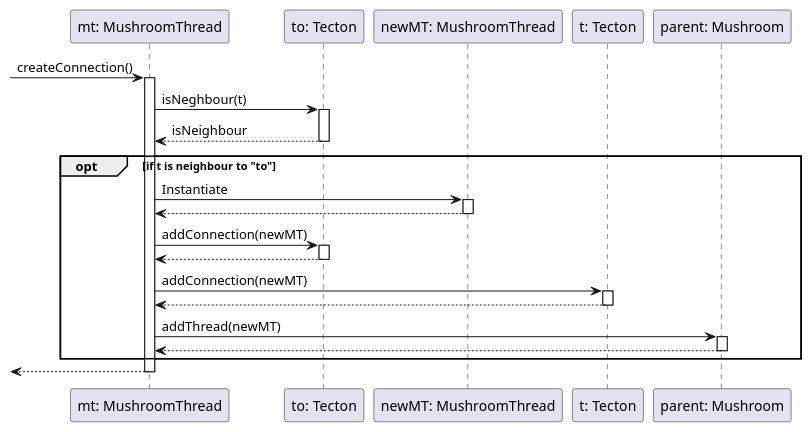
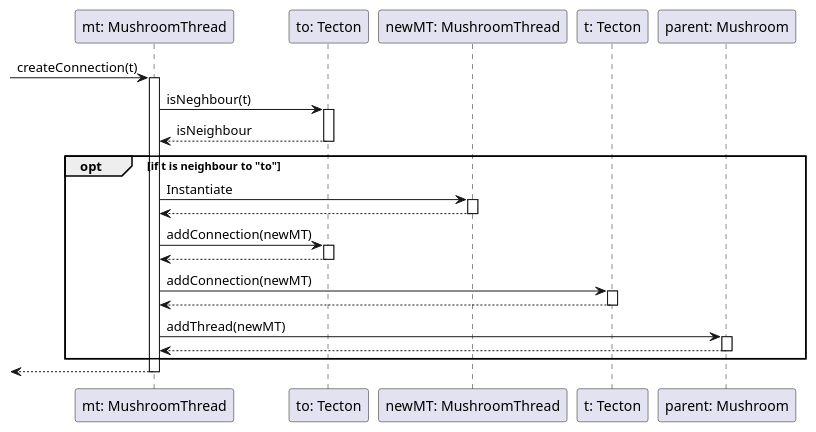
One commit to dzsem/projlab changed the diagram in diagrams/sequence/mushroom/mushroom_thread/createConnection.wsd. Above: the diagram before and after it, drawn with PlantUML.

```diff
--- a/diagrams/sequence/mushroom/mushroom_thread/createConnection.wsd
+++ b/diagrams/sequence/mushroom/mushroom_thread/createConnection.wsd
@@ -1,42 +1,42 @@
 @startuml Create Connection
 participant "mt: MushroomThread" as mt
 participant "to: Tecton" as to
 participant "newMT: MushroomThread" as newMT 
 participant "t: Tecton" as t
 participant "parent: Mushroom" as parent
 
--> mt : createConnection()
+-> mt : createConnection(t)
 activate mt
 
 mt -> to : isNeghbour(t) 
 activate to
 to --> mt : isNeighbour
 deactivate to
 
     opt if t is neighbour to "to"
         mt -> newMT : Instantiate
         activate newMT
         newMT --> mt
         deactivate newMT
 
         mt -> to: addConnection(newMT)
         activate to
         to --> mt
         deactivate to
 
         mt -> t : addConnection(newMT)
         activate t
         t --> mt
         deactivate t
 
         mt -> parent: addThread(newMT)
         activate parent
         parent --> mt
         deactivate parent
 
     end
 
 <-- mt
 deactivate mt
 
 @enduml
```
